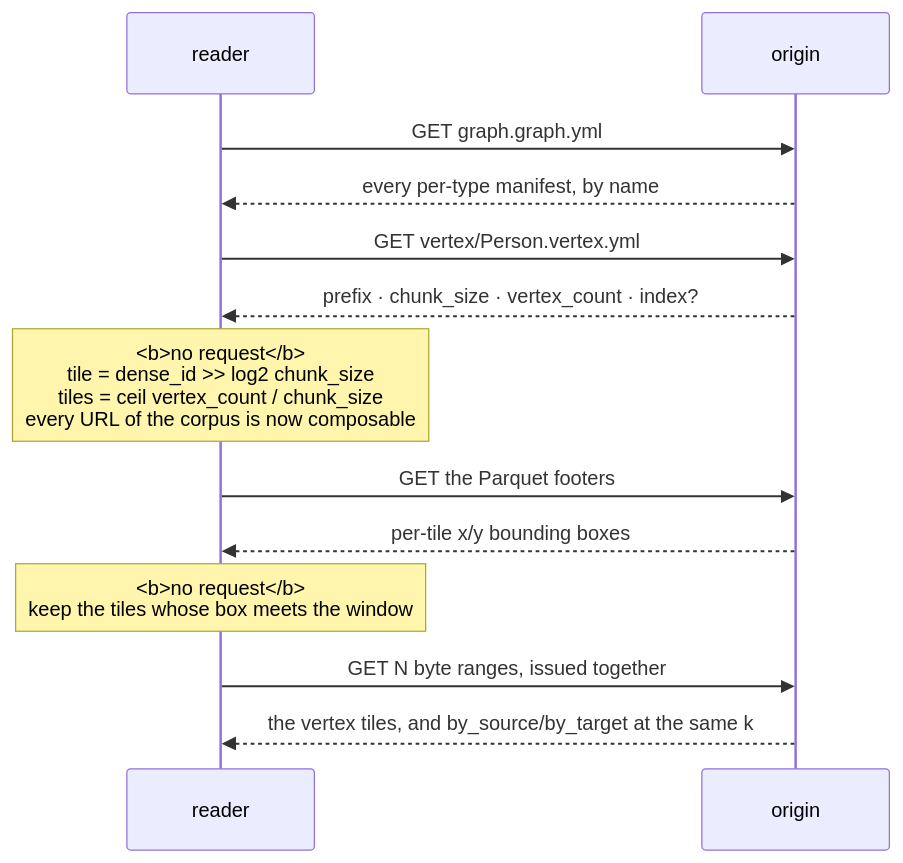
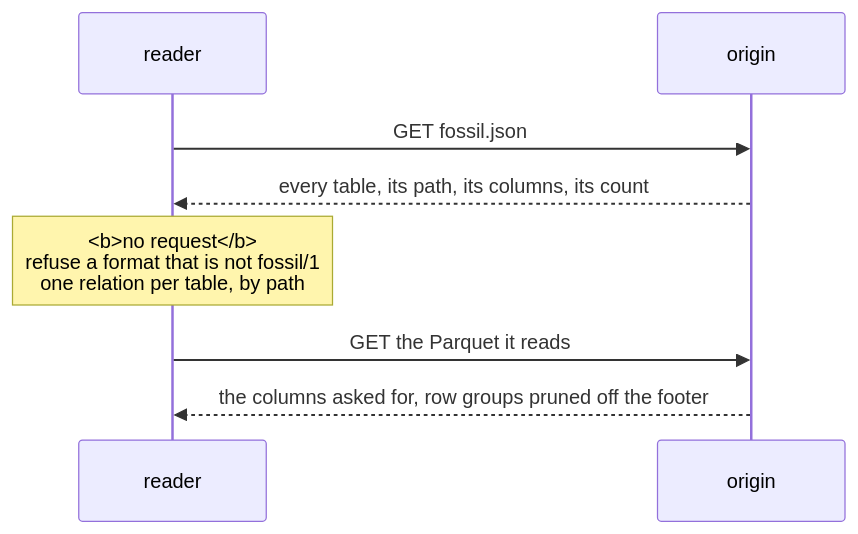
The diagram in docs/content/docs/format/reading/without-fossil.mdx (Kanzo-Tech/fossil-lang), drawn with Mermaid before and after one commit. The commit also changed other lines of this file and 43 other files, not shown here.

First line of the commit message:
docs: fossil/1 — tiles, cells and the camera move to design/later; the CLI goes

````diff
--- a/docs/content/docs/format/reading/without-fossil.mdx
+++ b/docs/content/docs/format/reading/without-fossil.mdx
@@ -14,15 +12,10 @@
 ```mermaid
 sequenceDiagram
   participant R as reader
   participant O as origin
-  R->>O: GET graph.graph.yml
-  O-->>R: every per-type manifest, by name
-  R->>O: GET vertex/Person.vertex.yml
-  O-->>R: prefix · chunk_size · vertex_count · index?
-  Note over R: <b>no request</b><br/>tile = dense_id >> log2 chunk_size<br/>tiles = ceil vertex_count / chunk_size<br/>every URL of the corpus is now composable
-  R->>O: GET the Parquet footers
-  O-->>R: per-tile x/y bounding boxes
-  Note over R: <b>no request</b><br/>keep the tiles whose box meets the window
-  R->>O: GET N byte ranges, issued together
-  O-->>R: the vertex tiles, and by_source/by_target at the same k
+  R->>O: GET fossil.json
+  O-->>R: every table, its path, its columns, its count
+  Note over R: <b>no request</b><br/>refuse a format that is not fossil/1<br/>one relation per table, by path
+  R->>O: GET the Parquet it reads
+  O-->>R: the columns asked for, row groups pruned off the footer
 ```
````
